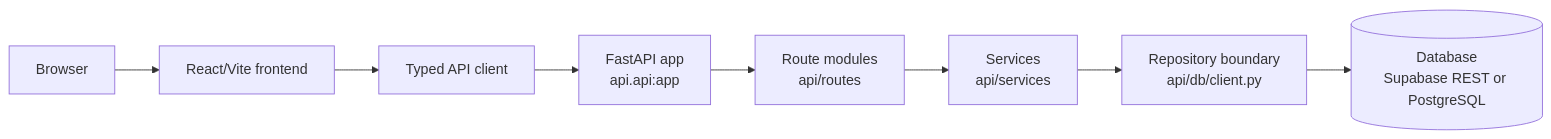
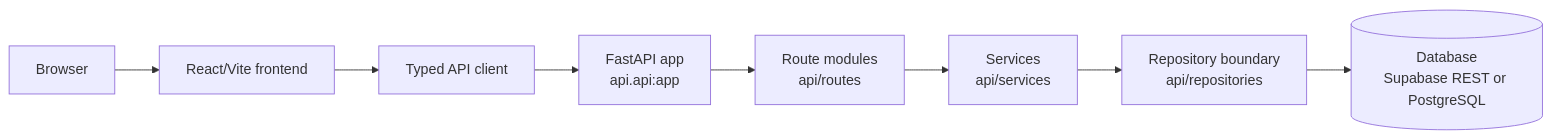
Before and after one commit to arfipod/fundamentracker: the first of 3 diagrams in docs/ARCHITECTURE.md, drawn with Mermaid. The commit also changed other lines of this file and 12 other files, not shown here.

````diff
--- a/docs/ARCHITECTURE.md
+++ b/docs/ARCHITECTURE.md
@@ -16,19 +17,19 @@
 ```mermaid
 flowchart LR
     Browser[Browser]
     Frontend[React/Vite frontend]
     ApiClient[Typed API client]
     API[FastAPI app<br/>api.api:app]
     Routes[Route modules<br/>api/routes]
     Services[Services<br/>api/services]
-    Repository[Repository boundary<br/>api/db/client.py]
+    Repository[Repository boundary<br/>api/repositories]
     DB[(Database<br/>Supabase REST or PostgreSQL)]
 
     Browser --> Frontend
     Frontend --> ApiClient
     ApiClient --> API
     API --> Routes
     Routes --> Services
     Services --> Repository
     Repository --> DB
 ```
````
